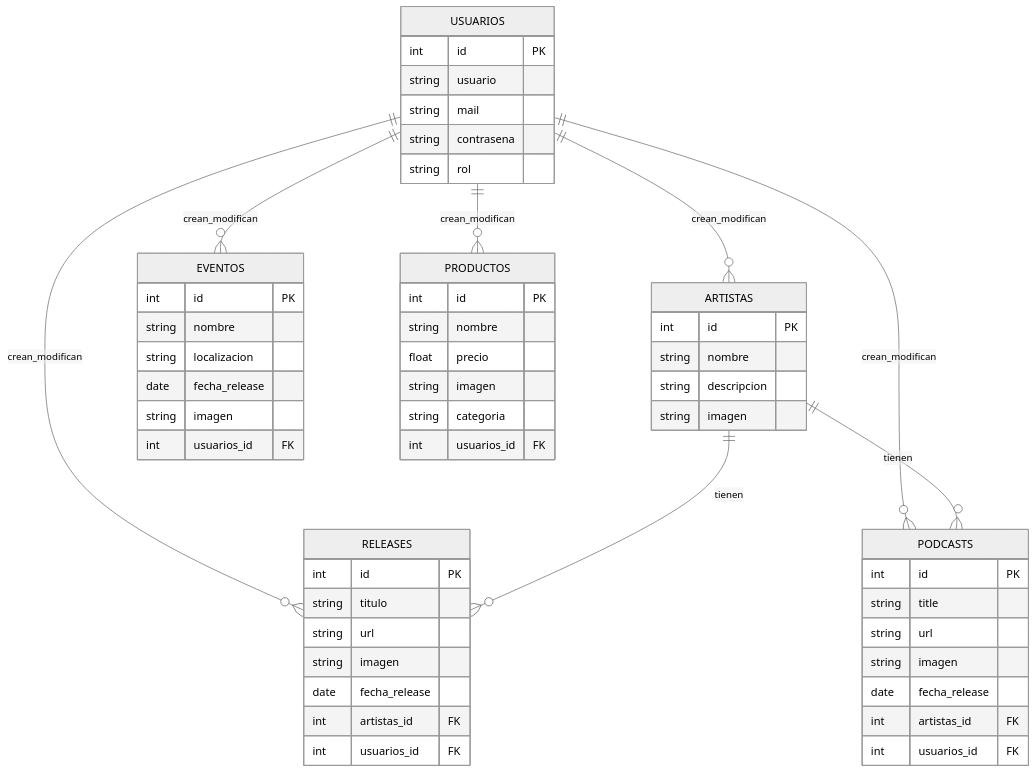
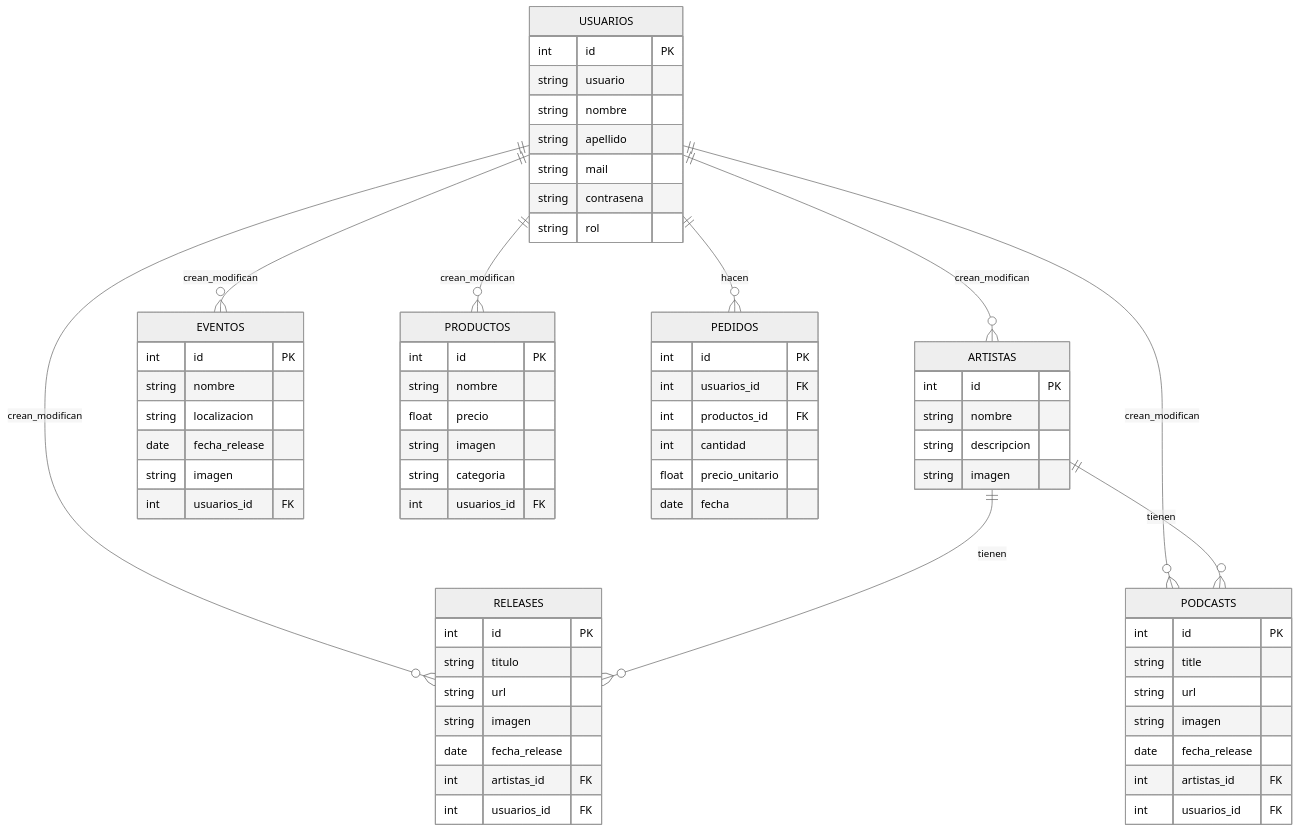
Before and after one commit to JavierFernandezPampin/ProyectoSynthgroove: the diagram in doc/templates/3_deseno.md, drawn with Mermaid (neutral theme).

Commit message:
Update file 3_deseno.md

````diff
--- a/doc/templates/3_deseno.md
+++ b/doc/templates/3_deseno.md
@@ -16,65 +16,77 @@
 ```mermaid
 erDiagram
 
 ARTISTAS {
     int id PK
     string nombre
     string descripcion
     string imagen
 }
 
 RELEASES {
     int id PK
     string titulo
     string url
     string imagen
     date fecha_release
     int artistas_id FK
     int usuarios_id FK
 }
 
 PODCASTS {
     int id PK
     string title
     string url
     string imagen
     date fecha_release
     int artistas_id FK
     int usuarios_id FK
 }
 
 EVENTOS {
     int id PK
     string nombre
     string localizacion
     date fecha_release
     string imagen
     int usuarios_id FK
 }
 
 PRODUCTOS {
     int id PK
     string nombre
     float precio
     string imagen
     string categoria
     int usuarios_id FK
 }
 
 USUARIOS {
     int id PK
     string usuario
+    string nombre
+    string apellido
     string mail
     string contrasena
     string rol
+}
+
+PEDIDOS {
+    int id PK
+    int usuarios_id FK
+    int productos_id FK
+    int cantidad
+    float precio_unitario
+    date fecha
 }
 
 USUARIOS ||--o{ ARTISTAS : crean_modifican
 USUARIOS ||--o{ RELEASES : crean_modifican
 USUARIOS ||--o{ PODCASTS : crean_modifican
 USUARIOS ||--o{ EVENTOS : crean_modifican
 USUARIOS ||--o{ PRODUCTOS : crean_modifican
 ARTISTAS ||--o{ RELEASES : tienen
 ARTISTAS ||--o{ PODCASTS : tienen
+USUARIOS ||--o{ PEDIDOS : hacen
 
 ```
````
